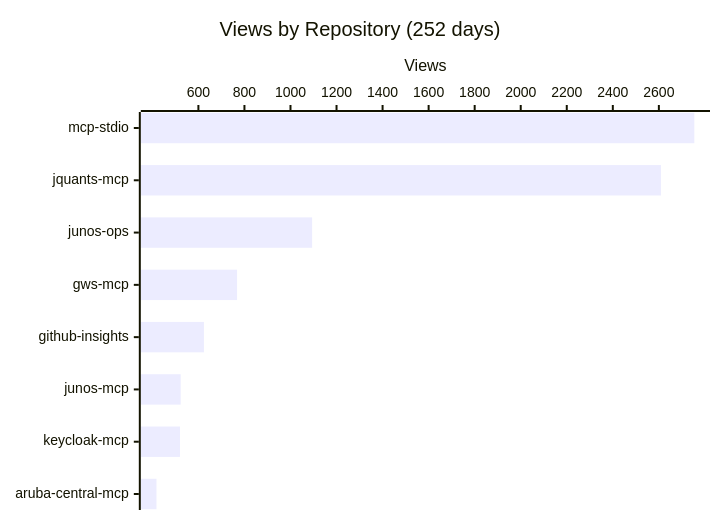
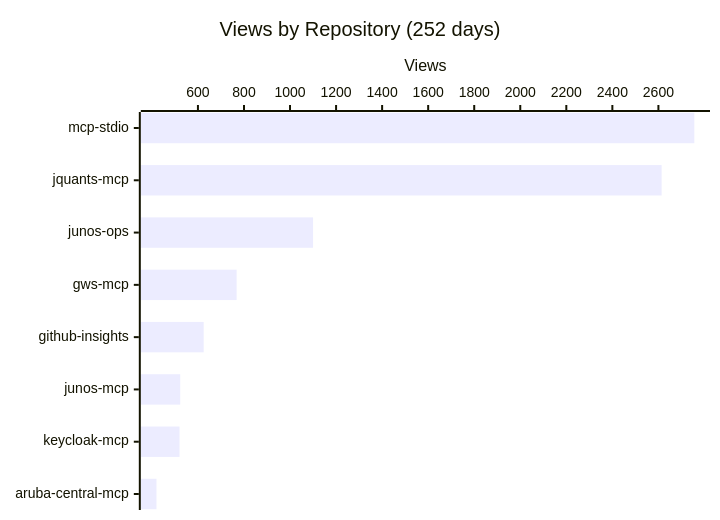
One commit to shigechika/github-insights changed the first of 4 diagrams in README.md. Above: the diagram before and after it, drawn with Mermaid. The commit also changed other lines of this file and 1 other file, not shown here.

````diff
--- a/README.md
+++ b/README.md
@@ -18,7 +18,7 @@
 ```mermaid
 xychart-beta horizontal
     title "Views by Repository (252 days)"
     x-axis ["mcp-stdio", "jquants-mcp", "junos-ops", "gws-mcp", "github-insights", "junos-mcp", "keycloak-mcp", "aruba-central-mcp"]
     y-axis "Views"
-    bar [2754, 2609, 1094, 768, 624, 523, 520, 418]
+    bar [2756, 2614, 1100, 768, 625, 523, 520, 420]
 ```
````
